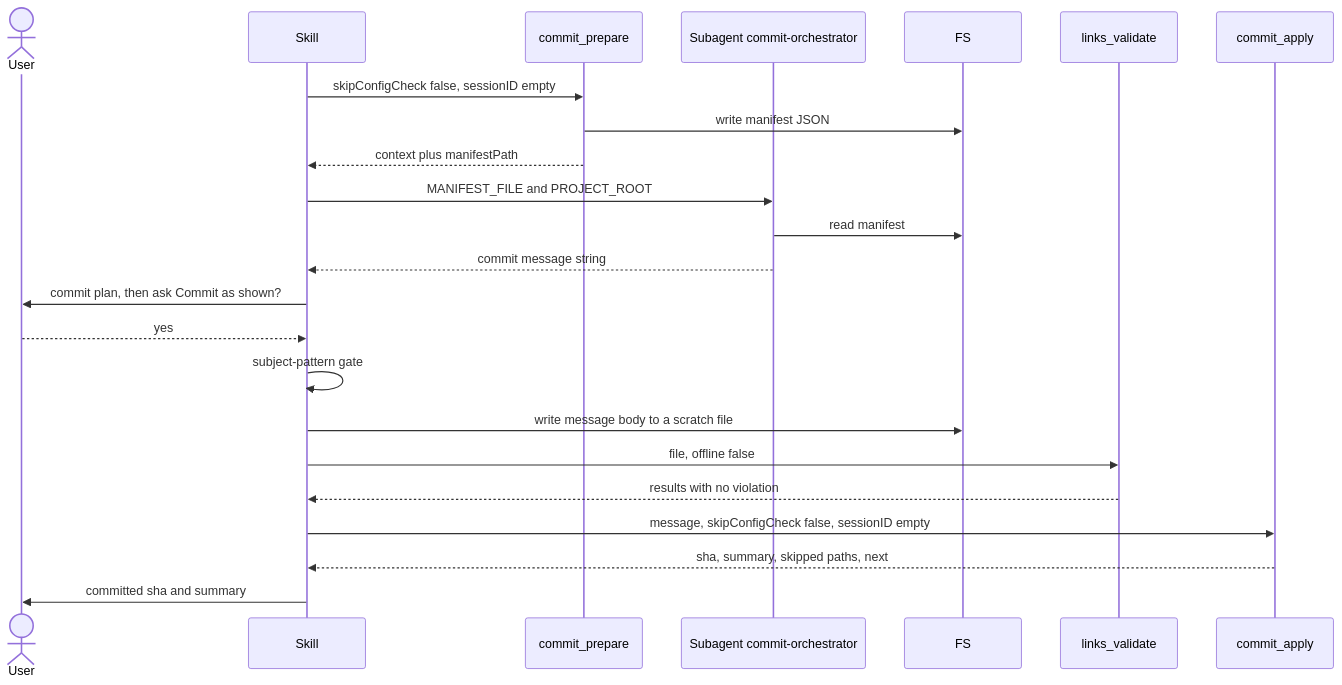
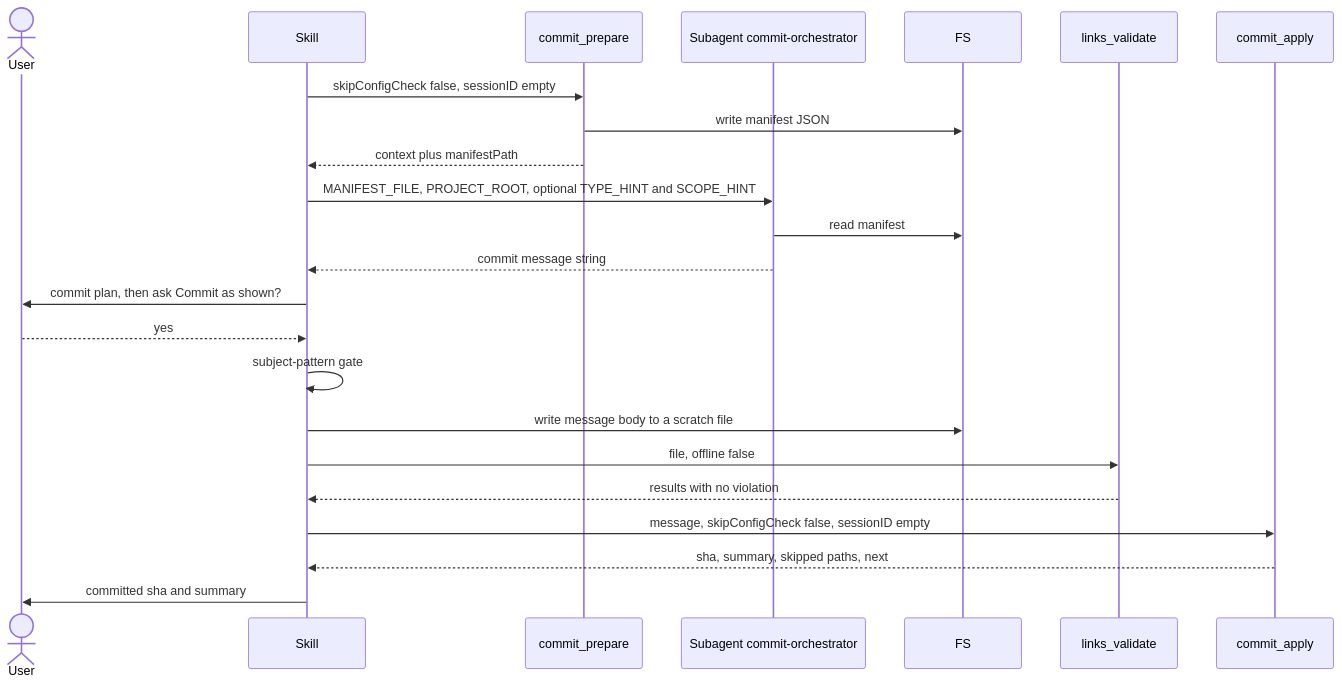
The diagram in openspec/specs/skill-commit/spec.md (rnagrodzki/sdlc-plugin), drawn with Mermaid before and after one commit. The commit also changed other lines of this file and 2 other files, not shown here.

First line of the commit message:
fix(commit): pass --type/--scope to the orchestrator as prompt hints

````diff
--- a/openspec/specs/skill-commit/spec.md
+++ b/openspec/specs/skill-commit/spec.md
@@ -41,25 +47,25 @@
 ```mermaid
 sequenceDiagram
     actor User
     participant Skill
     participant CP as commit_prepare
     participant O as Subagent commit-orchestrator
     participant FS
     participant LV as links_validate
     participant CA as commit_apply
     Skill->>CP: skipConfigCheck false, sessionID empty
     CP->>FS: write manifest JSON
     CP-->>Skill: context plus manifestPath
-    Skill->>O: MANIFEST_FILE and PROJECT_ROOT
+    Skill->>O: MANIFEST_FILE, PROJECT_ROOT, optional TYPE_HINT and SCOPE_HINT
     O->>FS: read manifest
     O-->>Skill: commit message string
     Skill->>User: commit plan, then ask Commit as shown?
     User-->>Skill: yes
     Skill->>Skill: subject-pattern gate
     Skill->>FS: write message body to a scratch file
     Skill->>LV: file, offline false
     LV-->>Skill: results with no violation
     Skill->>CA: message, skipConfigCheck false, sessionID empty
     CA-->>Skill: sha, summary, skipped paths, next
     Skill->>User: committed sha and summary
 ```
````
